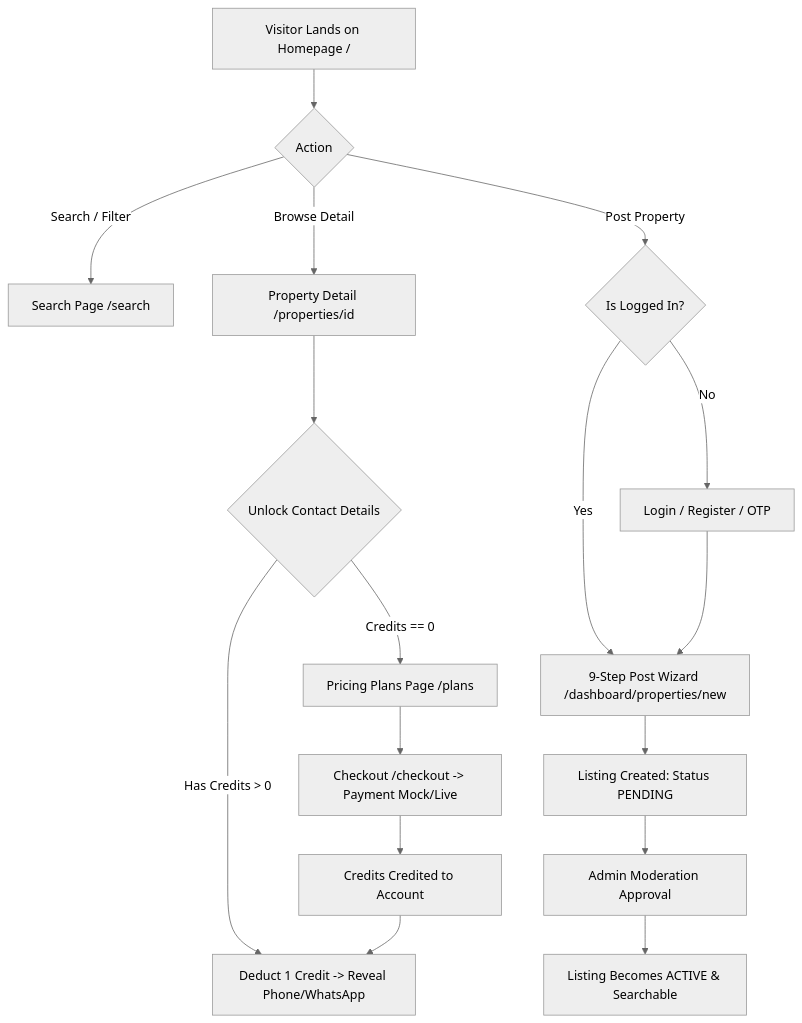
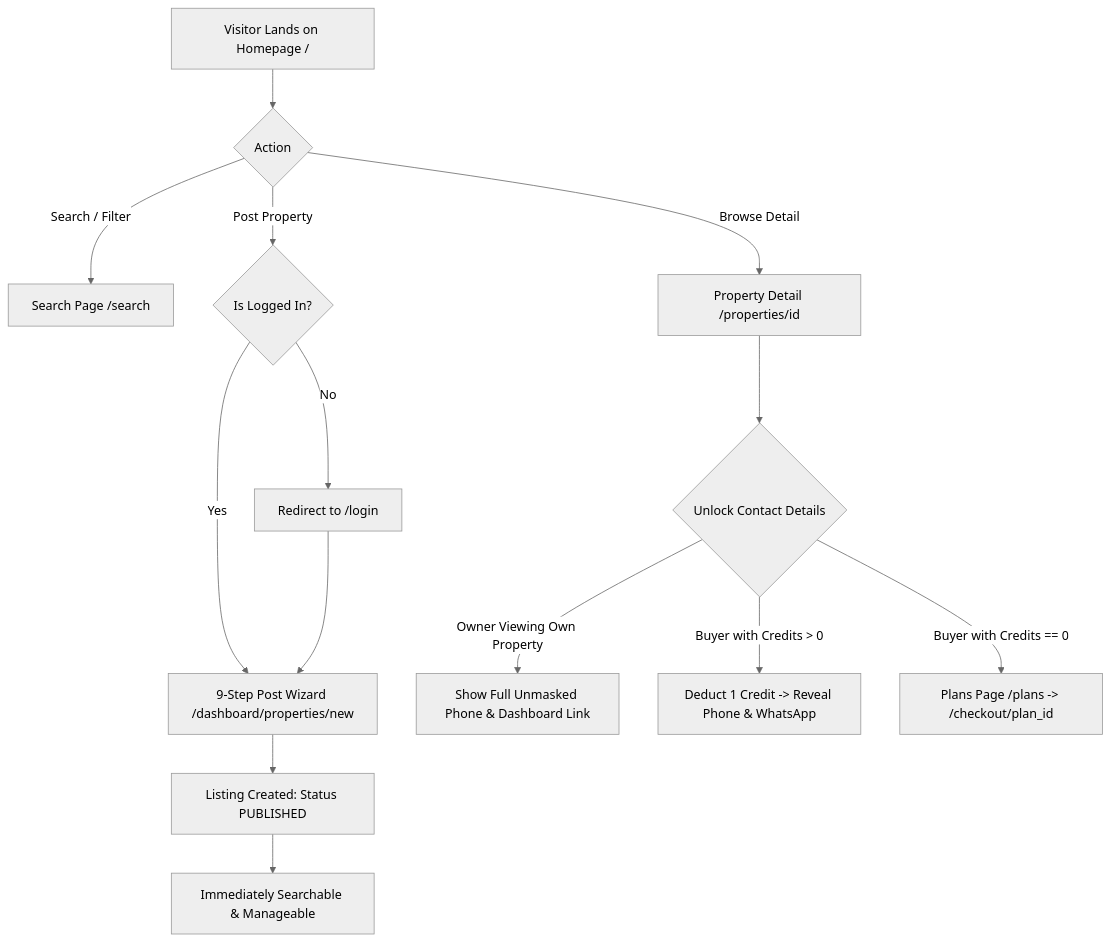
The first of 2 diagrams in docs/SYSTEM_DOCUMENTATION.md (sanjeev8085/property-portal), drawn with Mermaid (neutral theme) before and after one commit. The commit also changed other lines of this file and 1 other file, not shown here.

````diff
--- a/docs/SYSTEM_DOCUMENTATION.md
+++ b/docs/SYSTEM_DOCUMENTATION.md
@@ -78,22 +80,19 @@
 ```mermaid
 flowchart TD
     A[Visitor Lands on Homepage /] --> B{Action}
     B -->|Search / Filter| C[Search Page /search]
     B -->|Browse Detail| D[Property Detail /properties/id]
     B -->|Post Property| E{Is Logged In?}
     
-    E -->|No| F[Login / Register / OTP]
+    E -->|No| F[Redirect to /login]
     E -->|Yes| G[9-Step Post Wizard /dashboard/properties/new]
     
     F --> G
-    G --> H[Listing Created: Status PENDING]
-    H --> I[Admin Moderation Approval]
-    I --> J[Listing Becomes ACTIVE & Searchable]
+    G --> H[Listing Created: Status PUBLISHED]
+    H --> I[Immediately Searchable & Manageable]
     
     D --> K{Unlock Contact Details}
-    K -->|Has Credits > 0| L[Deduct 1 Credit -> Reveal Phone/WhatsApp]
-    K -->|Credits == 0| M[Pricing Plans Page /plans]
-    M --> N[Checkout /checkout -> Payment Mock/Live]
-    N --> O[Credits Credited to Account]
-    O --> L
+    K -->|Owner Viewing Own Property| L1[Show Full Unmasked Phone & Dashboard Link]
+    K -->|Buyer with Credits > 0| L2[Deduct 1 Credit -> Reveal Phone & WhatsApp]
+    K -->|Buyer with Credits == 0| M[Plans Page /plans -> /checkout/plan_id]
 ```
````
